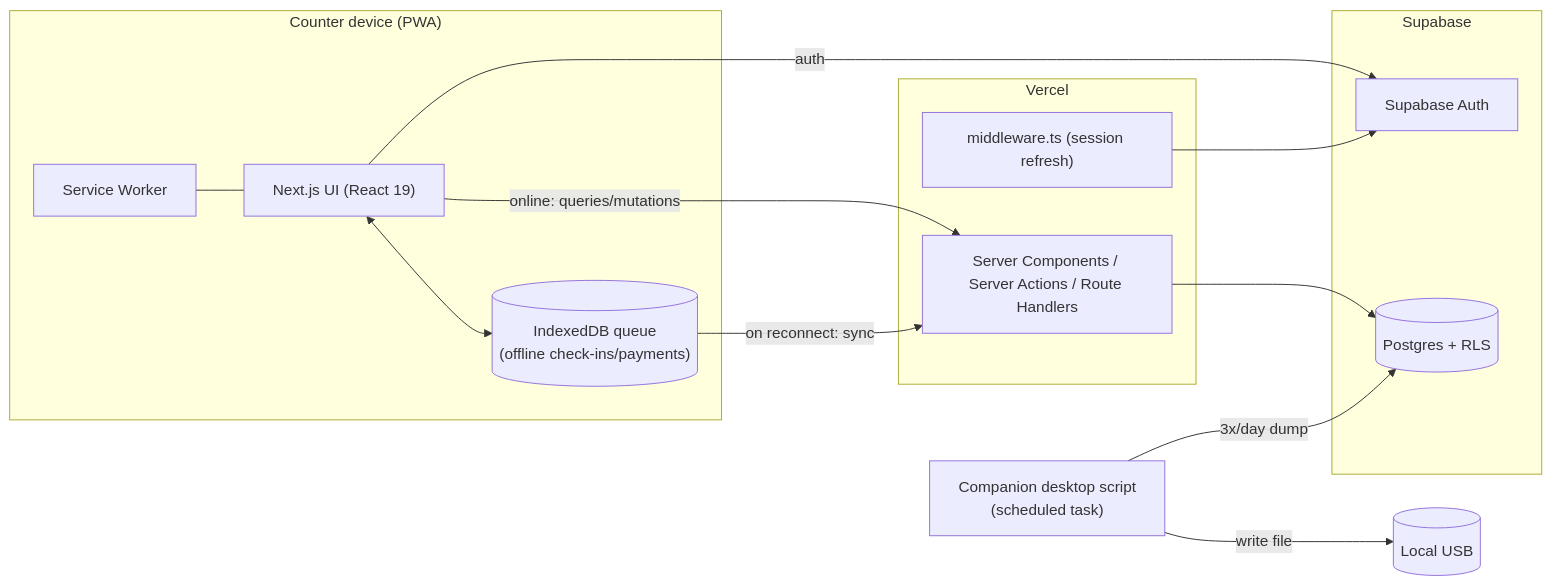
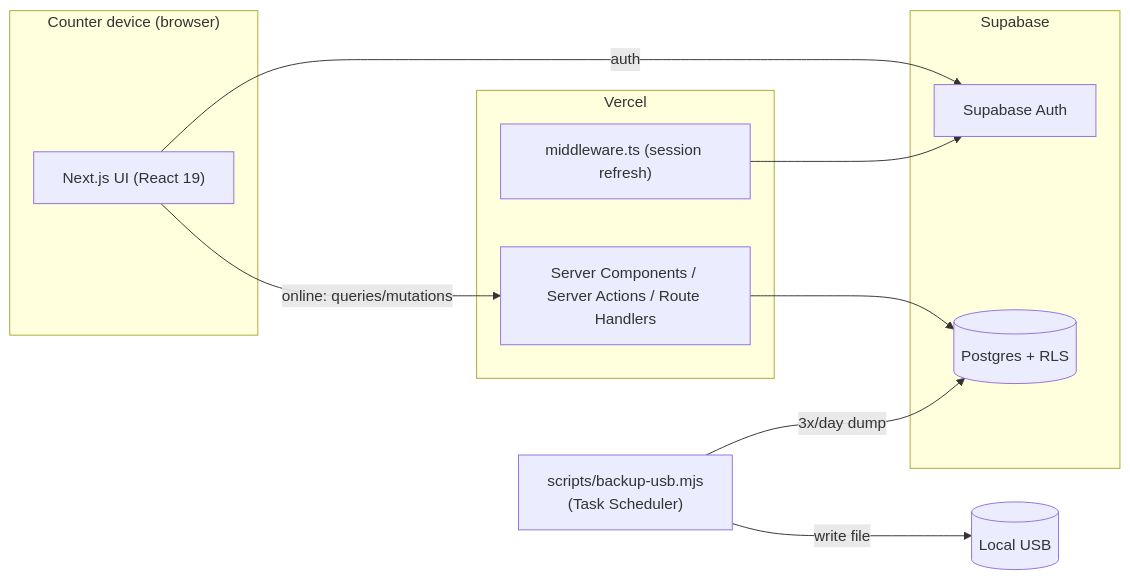
One commit to NiksaHalas/GymManagementSystem changed the diagram in docs/Tech.md. Above: the diagram before and after it, drawn with Mermaid. The commit also changed other lines of this file and 44 other files, not shown here.

First line of the commit message:
refactor: remove offline PWA layer; document online-only decision

````diff
--- a/docs/Tech.md
+++ b/docs/Tech.md
@@ -92,30 +91,25 @@
 ```mermaid
 flowchart LR
-    subgraph Client["Counter device (PWA)"]
+    subgraph Client["Counter device (browser)"]
         UI["Next.js UI (React 19)"]
-        SW["Service Worker"]
-        IDB[("IndexedDB queue\n(offline check-ins/payments)")]
-        UI <--> IDB
-        SW --- UI
     end
 
     subgraph Vercel["Vercel"]
         RSC["Server Components / Server Actions / Route Handlers"]
         MW["middleware.ts (session refresh)"]
     end
 
     subgraph Supabase["Supabase"]
         AUTH["Supabase Auth"]
         PG[("Postgres + RLS")]
     end
 
-    Backup["Companion desktop script\n(scheduled task)"]
+    Backup["scripts/backup-usb.mjs\n(Task Scheduler)"]
 
     UI -->|"online: queries/mutations"| RSC
     UI -->|"auth"| AUTH
     RSC --> PG
     MW --> AUTH
-    IDB -->|"on reconnect: sync"| RSC
     Backup -->|"3x/day dump"| PG
     Backup -->|"write file"| USB[("Local USB")]
 ```
````
